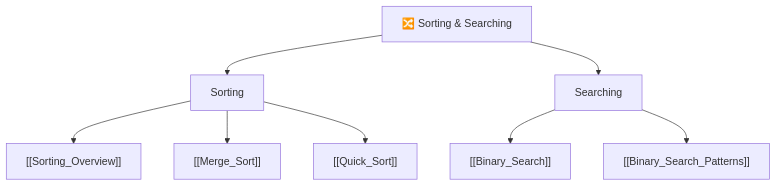
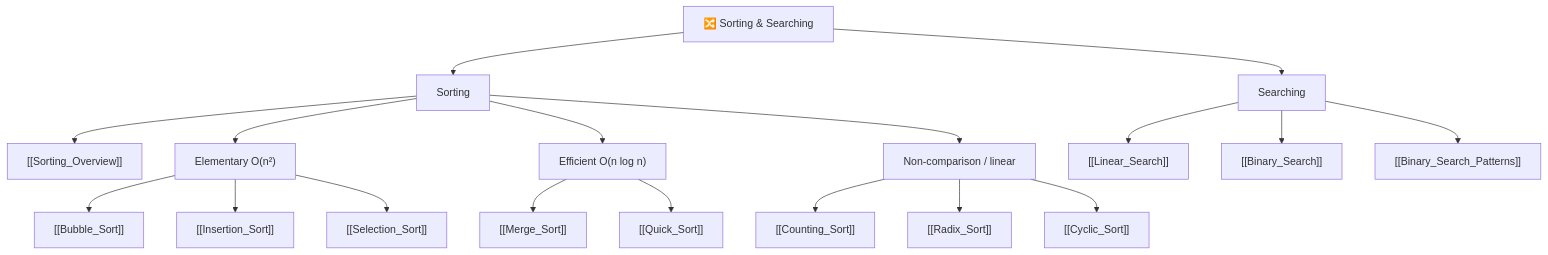
Before and after one commit to karanjain1601/Obsidian-Monday: the diagram in DSA/08_Sorting_Searching/_MOC_Sorting_Searching.md, drawn with Mermaid. The commit also changed other lines of this file and 274 other files, not shown here.

````diff
--- a/DSA/08_Sorting_Searching/_MOC_Sorting_Searching.md
+++ b/DSA/08_Sorting_Searching/_MOC_Sorting_Searching.md
@@ -15,14 +15,27 @@
 ```mermaid
 graph TD
     SS["🔀 Sorting & Searching"]
 
     SS --> SORT["Sorting"]
     SS --> SEARCH["Searching"]
 
     SORT --> OV["[[Sorting_Overview]]"]
-    SORT --> MS["[[Merge_Sort]]"]
-    SORT --> QS["[[Quick_Sort]]"]
+    SORT --> ELEM["Elementary O(n²)"]
+    SORT --> EFF["Efficient O(n log n)"]
+    SORT --> NONCMP["Non-comparison / linear"]
 
+    ELEM --> BUB["[[Bubble_Sort]]"]
+    ELEM --> INS["[[Insertion_Sort]]"]
+    ELEM --> SEL["[[Selection_Sort]]"]
+
+    EFF --> MS["[[Merge_Sort]]"]
+    EFF --> QS["[[Quick_Sort]]"]
+
+    NONCMP --> CNT["[[Counting_Sort]]"]
+    NONCMP --> RAD["[[Radix_Sort]]"]
+    NONCMP --> CYC["[[Cyclic_Sort]]"]
+
+    SEARCH --> LIN["[[Linear_Search]]"]
     SEARCH --> BS["[[Binary_Search]]"]
     SEARCH --> BSP["[[Binary_Search_Patterns]]"]
 ```
````
